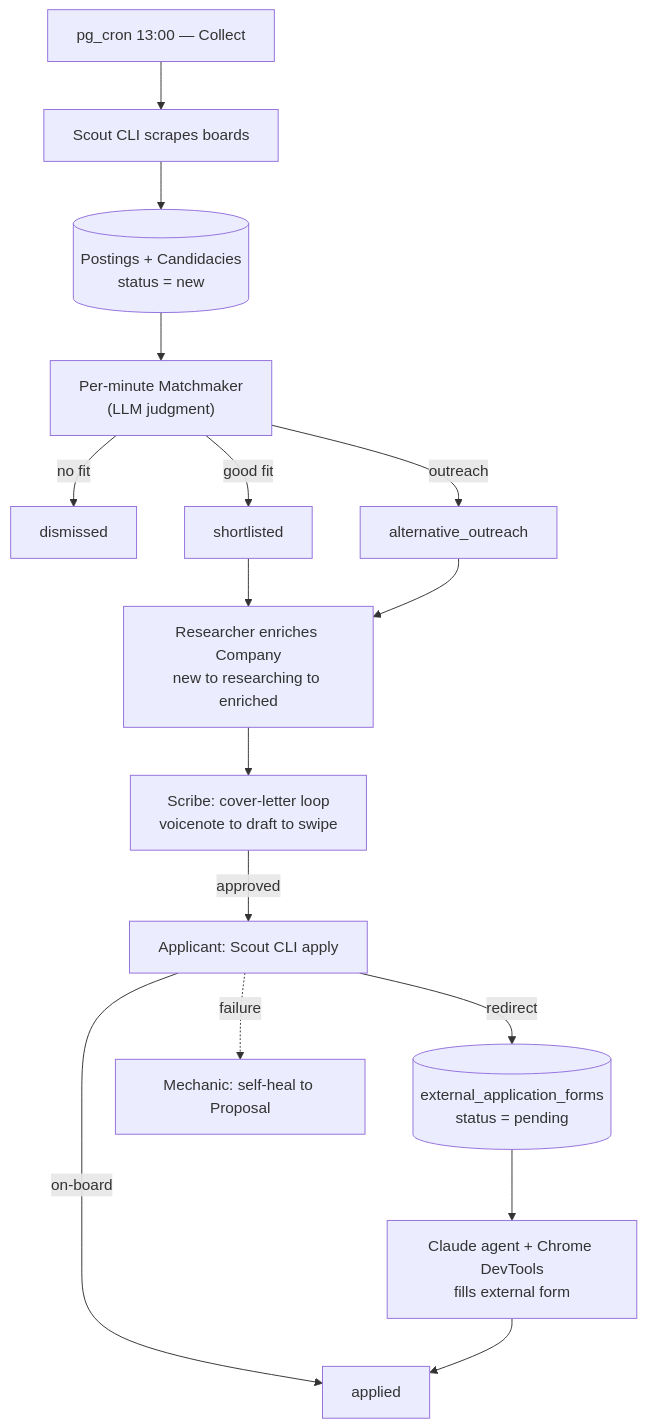
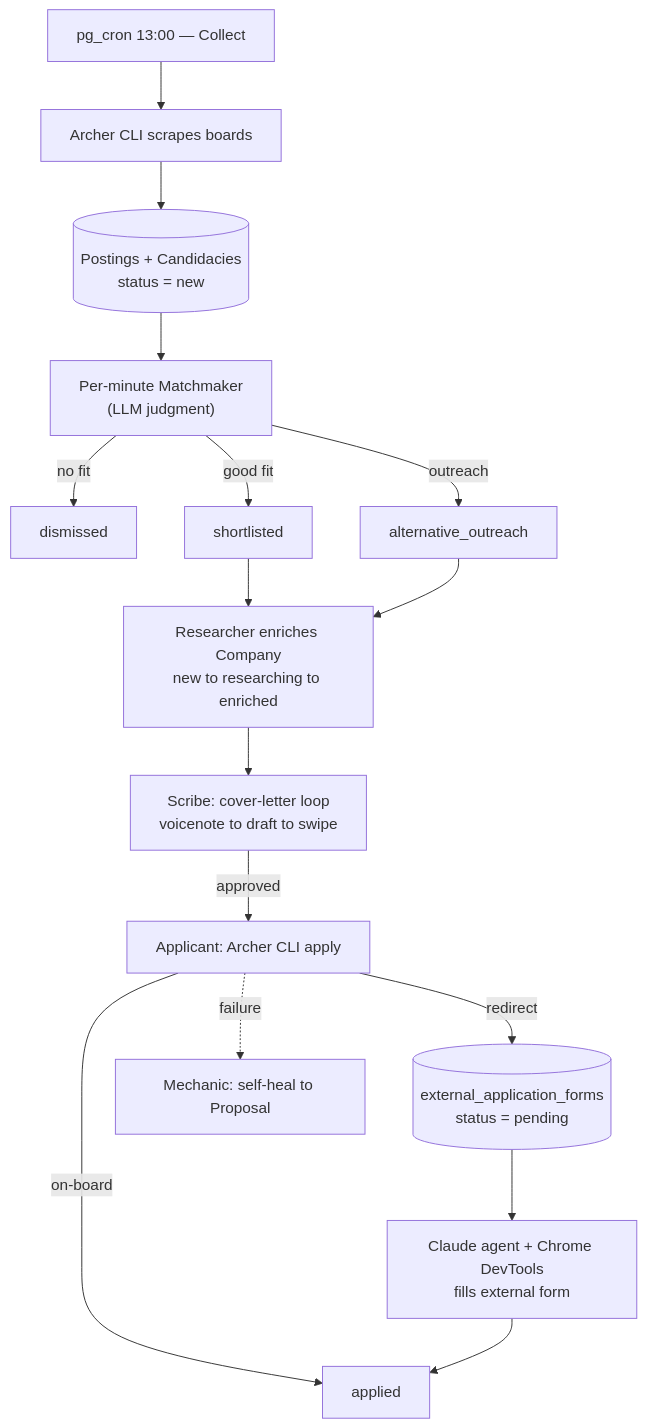
The second of 2 diagrams in PRODUCT.md (thomas-adam-leigh/archer), drawn with Mermaid before and after one commit. The commit also changed other lines of this file and 14 other files, not shown here.

First line of the commit message:
refactor: rename the CLI from Scout to Archer

````diff
--- a/PRODUCT.md
+++ b/PRODUCT.md
@@ -129,18 +129,18 @@
 ```mermaid
 flowchart TD
-    A["pg_cron 13:00 — Collect"] --> B["Scout CLI scrapes boards"]
+    A["pg_cron 13:00 — Collect"] --> B["Archer CLI scrapes boards"]
     B --> C[("Postings + Candidacies<br/>status = new")]
     C --> D["Per-minute Matchmaker<br/>(LLM judgment)"]
     D -->|no fit| E[dismissed]
     D -->|good fit| F[shortlisted]
     D -->|outreach| G[alternative_outreach]
     F --> H["Researcher enriches Company<br/>new to researching to enriched"]
     G --> H
     H --> I["Scribe: cover-letter loop<br/>voicenote to draft to swipe"]
-    I -->|approved| J["Applicant: Scout CLI apply"]
+    I -->|approved| J["Applicant: Archer CLI apply"]
     J -->|on-board| K[applied]
     J -->|redirect| L[("external_application_forms<br/>status = pending")]
     L --> M["Claude agent + Chrome DevTools<br/>fills external form"]
     M --> K
     J -. failure .-> N["Mechanic: self-heal to Proposal"]
 ```
````
